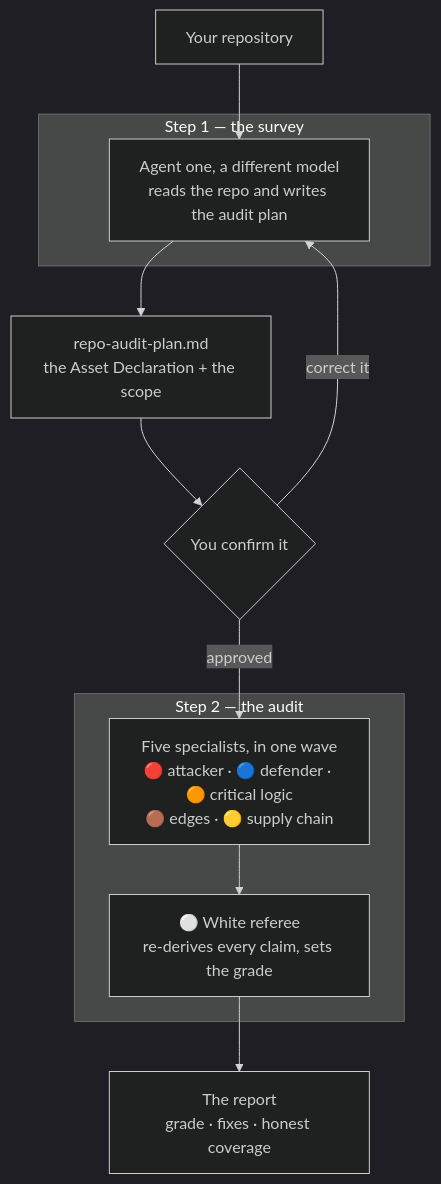
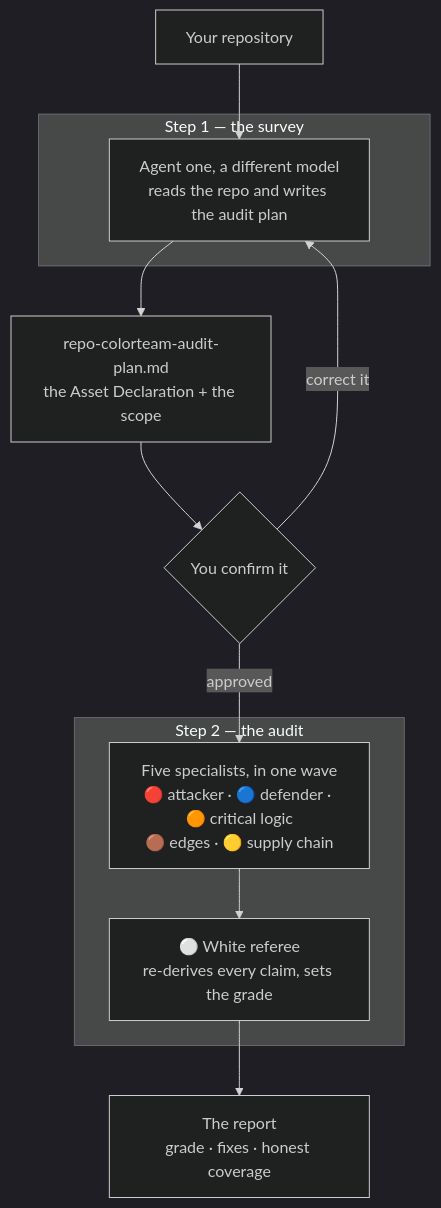
Before and after one commit to cjtsh/ai-color-team-audit-framework: the diagram in README.md, drawn with Mermaid (dark theme). The commit also changed other lines of this file and 6 other files, not shown here.

````diff
--- a/README.md
+++ b/README.md
@@ -34,15 +34,15 @@
 ```mermaid
 flowchart TD
     A["Your repository"] --> B
     subgraph STEP1["Step 1 — the survey"]
         B["Agent one, a different model<br/>reads the repo and writes the audit plan"]
     end
-    B --> C["repo-audit-plan.md<br/>the Asset Declaration + the scope"]
+    B --> C["repo-colorteam-audit-plan.md<br/>the Asset Declaration + the scope"]
     C --> D{"You confirm it"}
     D -->|"correct it"| B
     D -->|"approved"| E
     subgraph STEP2["Step 2 — the audit"]
         E["Five specialists, in one wave<br/>🔴 attacker · 🔵 defender · 🟠 critical logic<br/>🟤 edges · 🟡 supply chain"] --> F["⚪ White referee<br/>re-derives every claim, sets the grade"]
     end
     F --> G["The report<br/>grade · fixes · honest coverage"]
 ```
````
